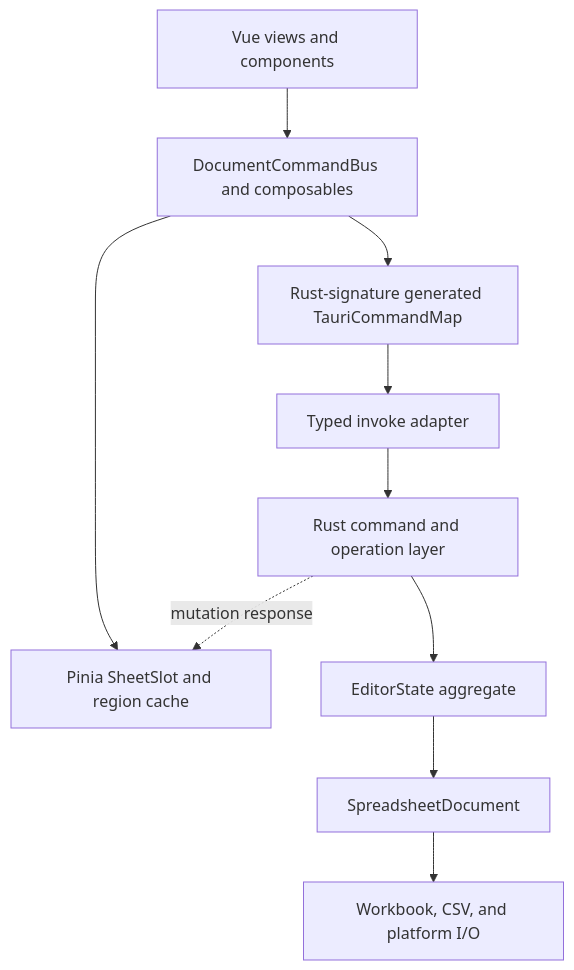
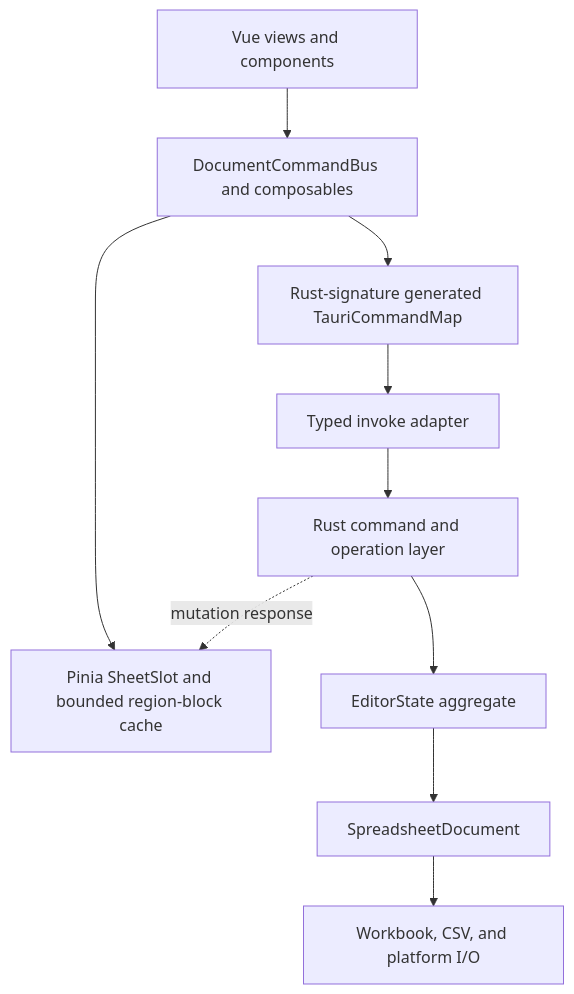
Before and after one commit to mingchiuli/simple-table: the diagram in docs/architecture.md, drawn with Mermaid. The commit also changed other lines of this file and 45 other files, not shown here.

````diff
--- a/docs/architecture.md
+++ b/docs/architecture.md
@@ -8,16 +8,16 @@
 ```mermaid
 flowchart TB
     UI[Vue views and components]
     APP[DocumentCommandBus and composables]
-    STORE[Pinia SheetSlot and region cache]
+    STORE[Pinia SheetSlot and bounded region-block cache]
     RPC[Rust-signature generated TauriCommandMap]
     IPC[Typed invoke adapter]
     OPS[Rust command and operation layer]
     STATE[EditorState aggregate]
     DOC[SpreadsheetDocument]
     IO[Workbook, CSV, and platform I/O]
 
     UI --> APP --> STORE
     APP --> RPC --> IPC --> OPS --> STATE --> DOC --> IO
     OPS -. mutation response .-> STORE
 ```
````
